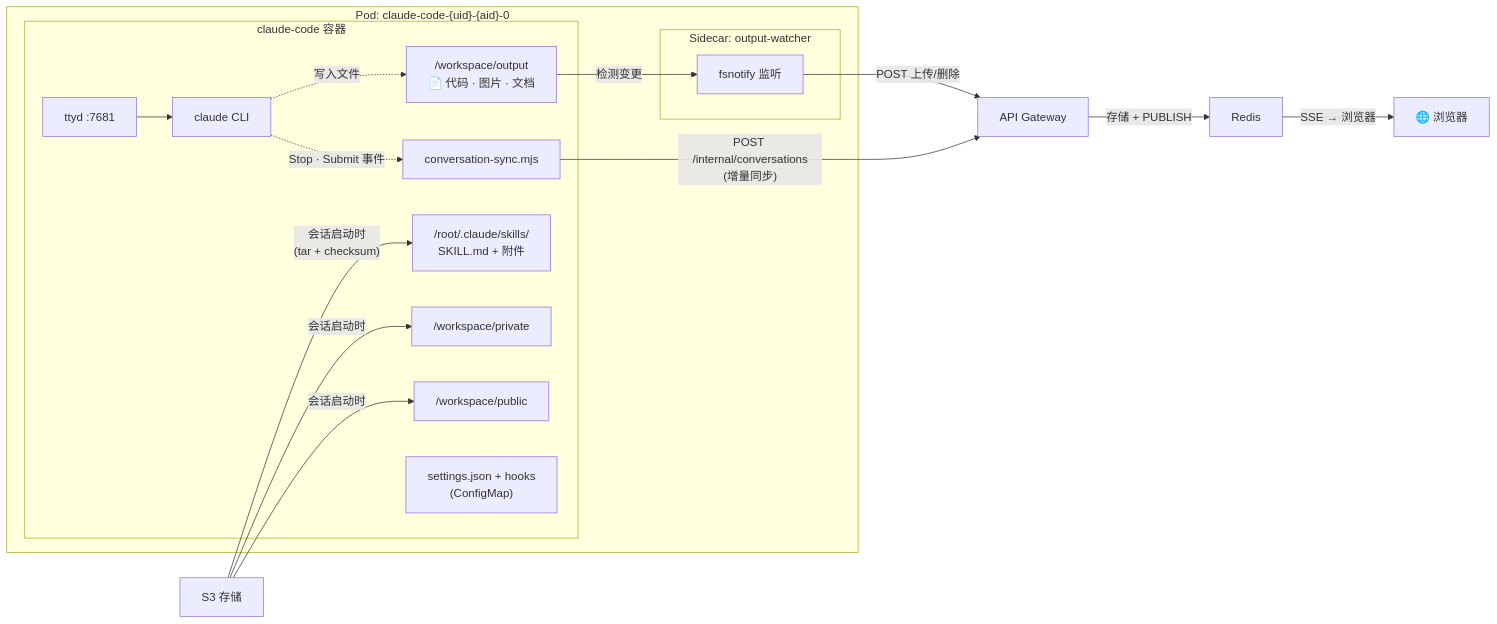
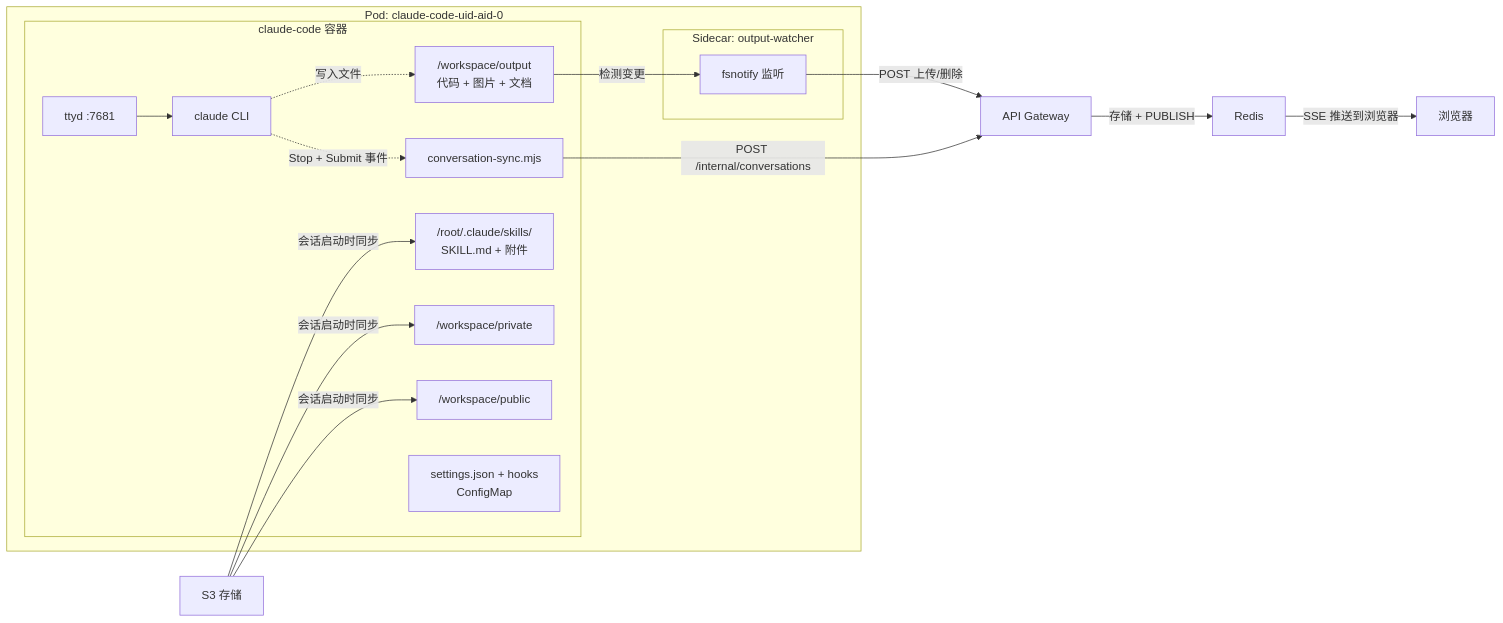
The second of 2 diagrams in docs/i18n/README.zh.md (aireet/sac), drawn with Mermaid before and after one commit. The commit also changed other lines of this file and 1 other file, not shown here.

First line of the commit message:
fix(docs): make mermaid diagrams compatible with v9.1.3

````diff
--- a/docs/i18n/README.zh.md
+++ b/docs/i18n/README.zh.md
@@ -80,28 +81,28 @@
 ```mermaid
 graph LR
-    subgraph Pod["Pod: claude-code-{uid}-{aid}-0"]
+    subgraph Pod["Pod: claude-code-uid-aid-0"]
         subgraph Main["claude-code 容器"]
             ttyd["ttyd :7681"] --> claude["claude CLI"]
             Hook["conversation-sync.mjs"]
             Private["/workspace/private"]
             Public["/workspace/public"]
-            Output["/workspace/output<br/>📄 代码 · 图片 · 文档"]
+            Output["/workspace/output<br/>代码 + 图片 + 文档"]
             Skills["/root/.claude/skills/<br/>SKILL.md + 附件"]
-            Settings["settings.json + hooks<br/>(ConfigMap)"]
+            Settings["settings.json + hooks<br/>ConfigMap"]
         end
         subgraph Sidecar["Sidecar: output-watcher"]
             Watcher["fsnotify 监听"]
         end
     end
 
     claude -.->|"写入文件"| Output
-    claude -.->|"Stop · Submit 事件"| Hook
-    Hook -->|"POST /internal/conversations<br/>(增量同步)"| API["API Gateway"]
-    S3["S3 存储"] -->|"会话启动时<br/>(tar + checksum)"| Skills
-    S3 -->|"会话启动时"| Private
-    S3 -->|"会话启动时"| Public
+    claude -.->|"Stop + Submit 事件"| Hook
+    Hook -->|"POST /internal/conversations"| API["API Gateway"]
+    S3["S3 存储"] -->|"会话启动时同步"| Skills
+    S3 -->|"会话启动时同步"| Private
+    S3 -->|"会话启动时同步"| Public
     Output -->|"检测变更"| Watcher
     Watcher -->|"POST 上传/删除"| API
     API -->|"存储 + PUBLISH"| Redis["Redis"]
-    Redis -->|"SSE → 浏览器"| Browser["🌐 浏览器"]
+    Redis -->|"SSE 推送到浏览器"| Browser["浏览器"]
 ```
````
